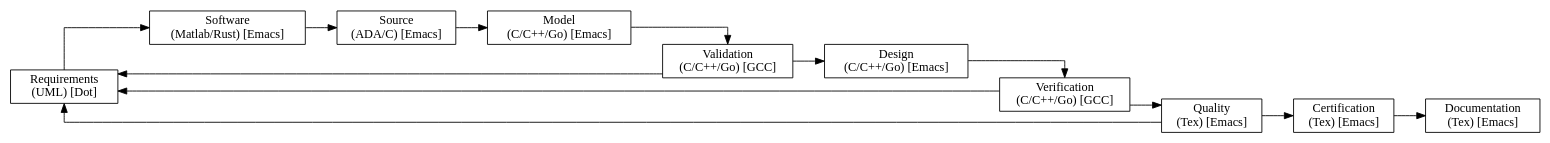
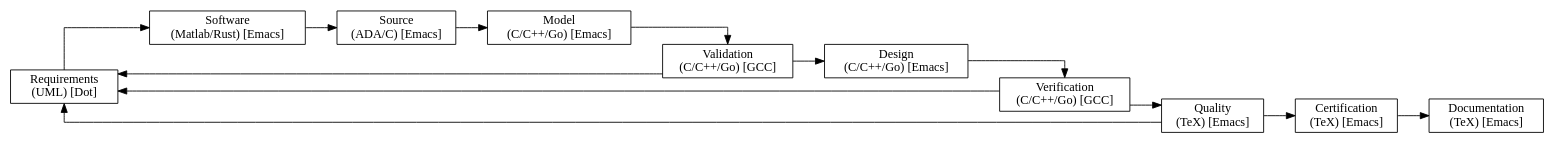
Before and after one commit to PacoReinaCampo/MPSoC-OR1K: the diagram in doc/book/assets/chapter2/software-project.dot, drawn with Graphviz. The commit also changed 8 other files, not shown here.

```diff
--- a/doc/book/assets/chapter2/software-project.dot
+++ b/doc/book/assets/chapter2/software-project.dot
@@ -1,33 +1,33 @@
 digraph Project {
   // Introduction
   graph [rankdir = LR, splines=ortho];
   node[shape=record];
 
   // Blocks
   Requirements[label="Requirements \n(UML) [Dot]"];
   Software[label="Software \n(Matlab/Rust) [Emacs]"];
   Source[label="Source \n(ADA/C) [Emacs]"];
   Model[label="Model \n(C/C++/Go) [Emacs]"];
   Validation[label="Validation \n(C/C++/Go) [GCC]"];
   Design[label="Design \n(C/C++/Go) [Emacs]"];
   Verification[label="Verification \n(C/C++/Go) [GCC]"];
-  Quality[label="Quality \n(Tex) [Emacs]"];
-  Certification[label="Certification \n(Tex) [Emacs]"];
-  Documentation[label="Documentation \n(Tex) [Emacs]"];
+  Quality[label="Quality \n(TeX) [Emacs]"];
+  Certification[label="Certification \n(TeX) [Emacs]"];
+  Documentation[label="Documentation \n(TeX) [Emacs]"];
 
   // Sequence
   Requirements -> Software;
   Software -> Source;
   Source -> Model;
   Model -> Validation;
   Validation -> Design;
   Design -> Verification;
   Verification -> Quality;
   Quality -> Certification;
   Certification -> Documentation;
 
   // Feedback
   Validation -> Requirements;
   Verification -> Requirements;
   Quality -> Requirements;
 }
```
